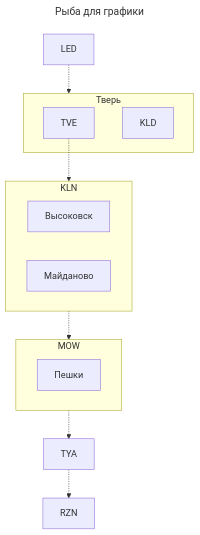
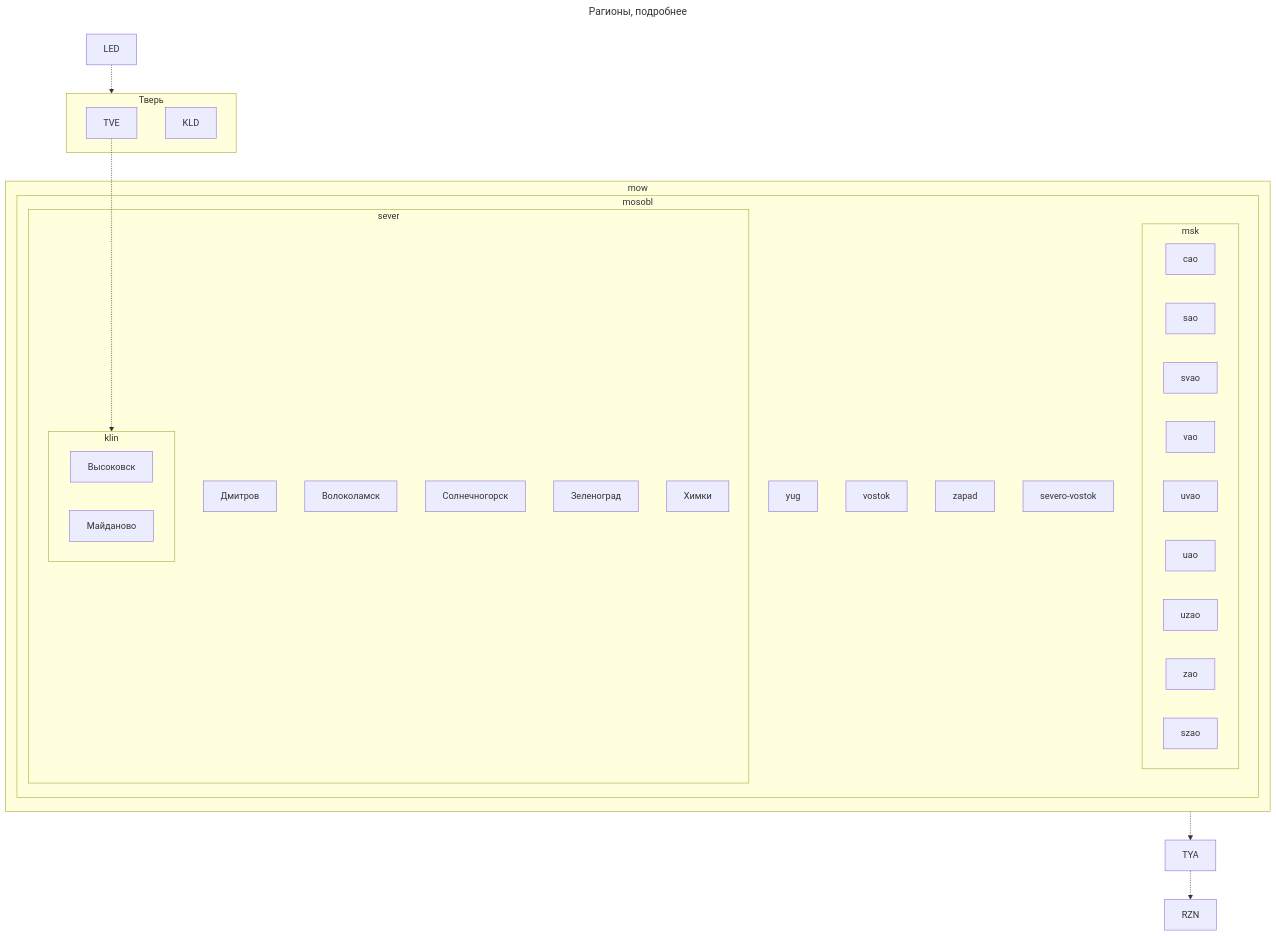
One commit to Krey81/lora changed the second of 4 diagrams in notes/README.md. Above: the diagram before and after it, drawn with Mermaid. The commit also changed other lines of this file, not shown here.

````diff
--- a/notes/README.md
+++ b/notes/README.md
@@ -23,21 +44,44 @@
 ```mermaid
 ---
-title: Рыба для графики
+title: Рагионы, подробнее
 ---
 flowchart TD
 LED-.->Tver
 subgraph Tver[Тверь]
     TVE
     KLD
 end
-TVE-.->KLN
-subgraph KLN
-    Высоковск
-    Майданово
+TVE-.->klin
+subgraph mow
+    subgraph mosobl
+        subgraph mosobl-sever[sever]
+            subgraph klin
+                Высоковск
+                Майданово
+            end
+            Дмитров
+            Волоколамск
+            Солнечногорск
+            Зеленоград
+            Химки
+        end
+        mosobl-yug[yug]
+        mosobl-vostok[vostok]
+        mosobl-zapad[zapad]
+        mosobl-severo-vostok[severo-vostok]
+        subgraph msk
+            cao
+            sao
+            svao
+            vao
+            uvao
+            uao
+            uzao
+            zao
+            szao
+        end
+    end 
 end
-subgraph MOW
-    Пешки
-end
-KLN-.->MOW-.->TYA-.->RZN
+mow-.->TYA-.->RZN
 
 ```
````
